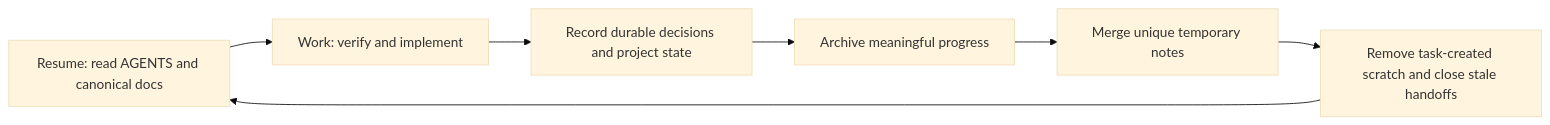
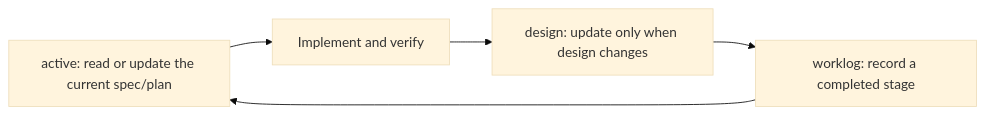
One commit to Killow1998/OnlyCodexCanDo changed the diagram in docs/agent-workflow.md. Above: the diagram before and after it, drawn with Mermaid (base theme). The commit also changed other lines of this file and 12 other files, not shown here.

````diff
--- a/docs/agent-workflow.md
+++ b/docs/agent-workflow.md
@@ -114,9 +114,7 @@
 ```mermaid
 flowchart LR
-    A["Resume: read AGENTS and canonical docs"] --> B["Work: verify and implement"]
-    B --> C["Record durable decisions and project state"]
-    C --> D["Archive meaningful progress"]
-    D --> E["Merge unique temporary notes"]
-    E --> F["Remove task-created scratch and close stale handoffs"]
-    F --> A
+    A["active: read or update the current spec/plan"] --> B["Implement and verify"]
+    B --> C["design: update only when design changes"]
+    C --> D["worklog: record a completed stage"]
+    D --> A
 ```
````
